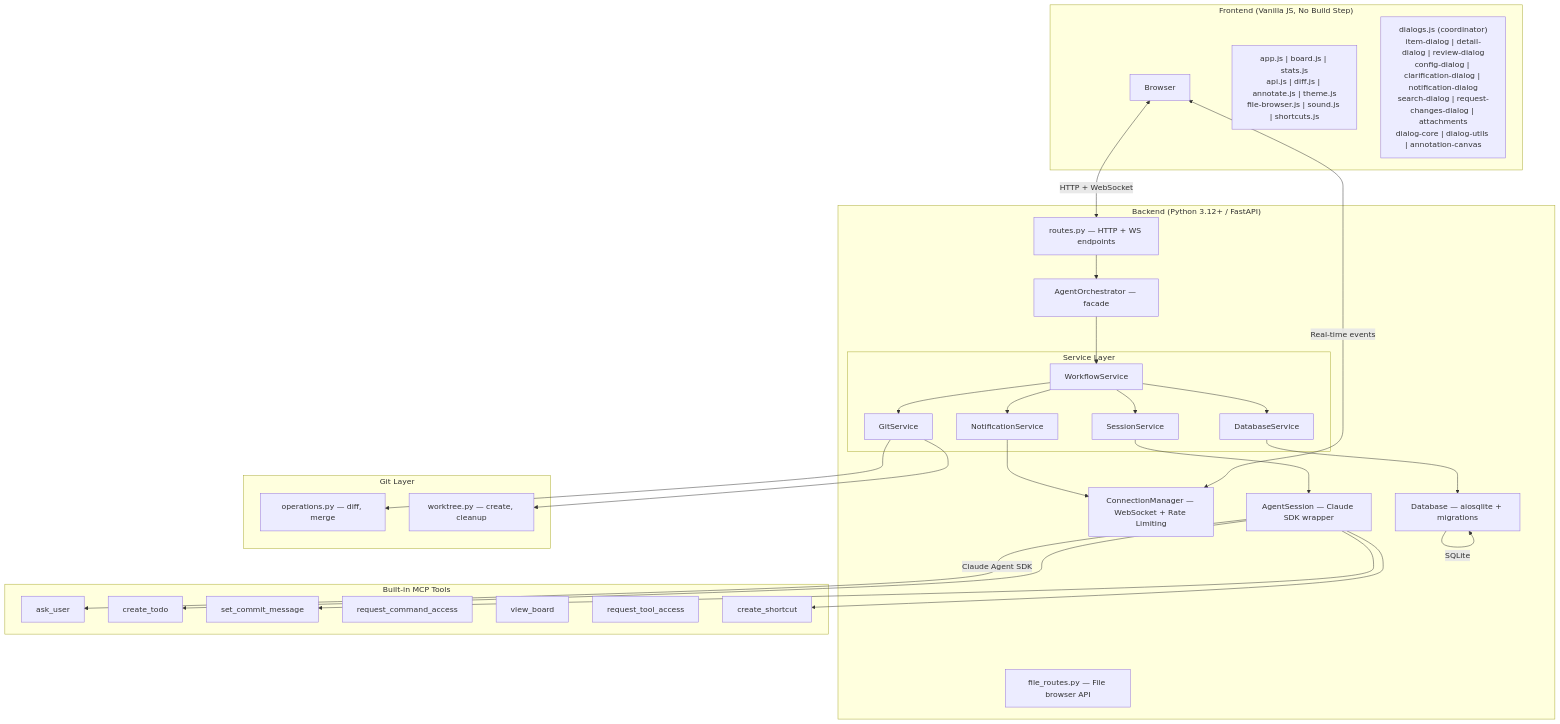
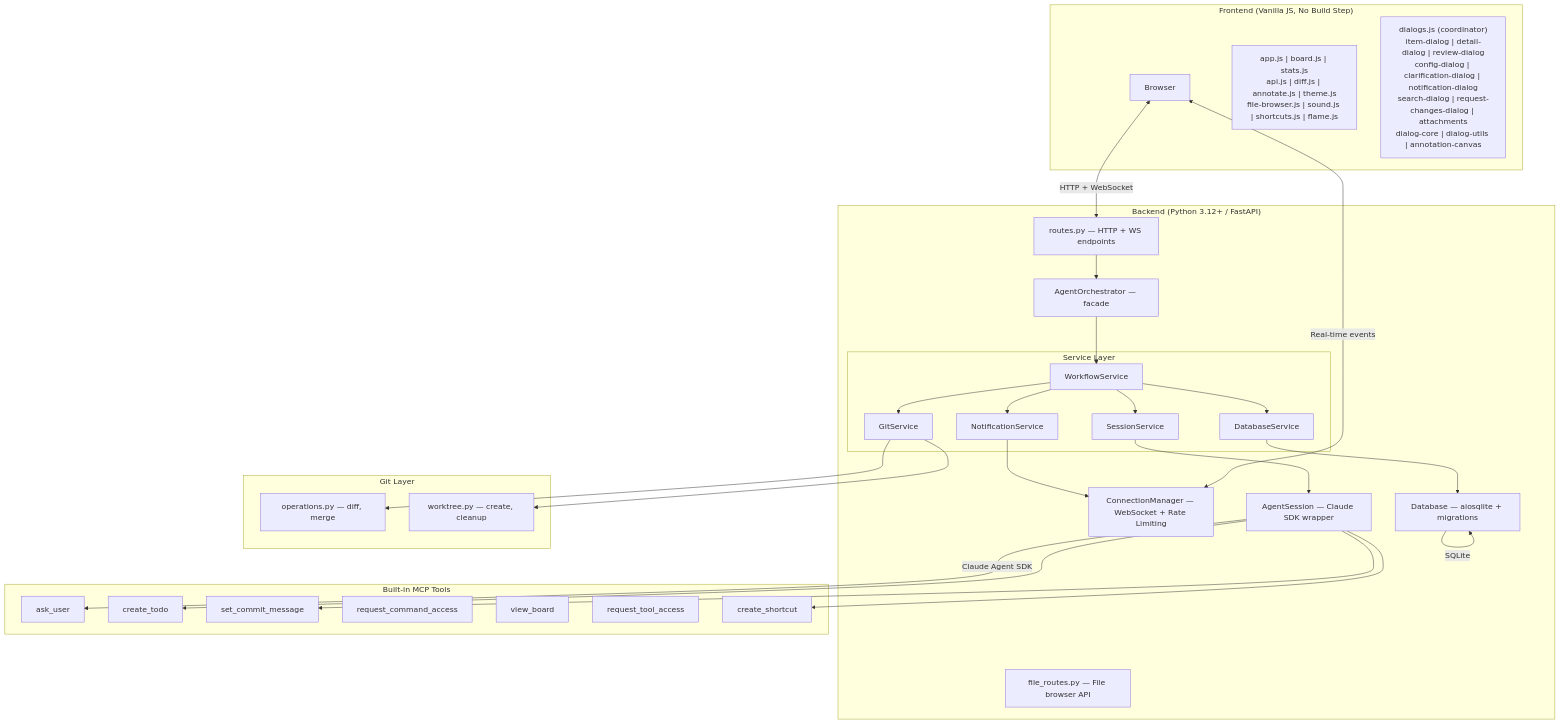
One commit to epatel/claude-agents-dashboard changed the second of 4 diagrams in README.md. Above: the diagram before and after it, drawn with Mermaid. The commit also changed other lines of this file and 4 other files, not shown here.

````diff
--- a/README.md
+++ b/README.md
@@ -124,58 +125,58 @@
 ```mermaid
 graph TB
     subgraph Frontend["Frontend (Vanilla JS, No Build Step)"]
         Browser["Browser"]
-        JS["app.js | board.js | stats.js<br/>api.js | diff.js | annotate.js | theme.js<br/>file-browser.js | sound.js | shortcuts.js"]
+        JS["app.js | board.js | stats.js<br/>api.js | diff.js | annotate.js | theme.js<br/>file-browser.js | sound.js | shortcuts.js | flame.js"]
         Dlg["dialogs.js (coordinator)<br/>item-dialog | detail-dialog | review-dialog<br/>config-dialog | clarification-dialog | notification-dialog<br/>search-dialog | request-changes-dialog | attachments<br/>dialog-core | dialog-utils | annotation-canvas"]
     end
 
     subgraph Backend["Backend (Python 3.12+ / FastAPI)"]
         Routes["routes.py — HTTP + WS endpoints"]
         FileRoutes["file_routes.py — File browser API"]
         WSMgr["ConnectionManager — WebSocket + Rate Limiting"]
         Orch["AgentOrchestrator — facade"]
         subgraph Svc["Service Layer"]
             WF["WorkflowService"]
             DBS["DatabaseService"]
             NS["NotificationService"]
             GS["GitService"]
             SS["SessionService"]
         end
         Sess["AgentSession — Claude SDK wrapper"]
         DB["Database — aiosqlite + migrations"]
     end
 
     subgraph MCP["Built-in MCP Tools"]
         Ask["ask_user"]
         TodoTool["create_todo"]
         CommitTool["set_commit_message"]
         CmdAccess["request_command_access"]
         BoardView["view_board"]
         ToolAccess["request_tool_access"]
         ShortcutTool["create_shortcut"]
     end
 
     subgraph GitLayer["Git Layer"]
         GitOps["operations.py — diff, merge"]
         WT["worktree.py — create, cleanup"]
     end
 
     Browser <-->|"HTTP + WebSocket"| Routes
     Routes --> Orch
     Orch --> WF
     WF --> DBS
     WF --> GS
     WF --> NS
     WF --> SS
     SS --> Sess
     DBS --> DB
     NS --> WSMgr
     WSMgr <-->|"Real-time events"| Browser
     Sess -->|"Claude Agent SDK"| Ask
     Sess --> TodoTool
     Sess --> CommitTool
     Sess --> ShortcutTool
     DB -->|SQLite| DB
     GS --> GitOps
     GS --> WT
 ```
````
